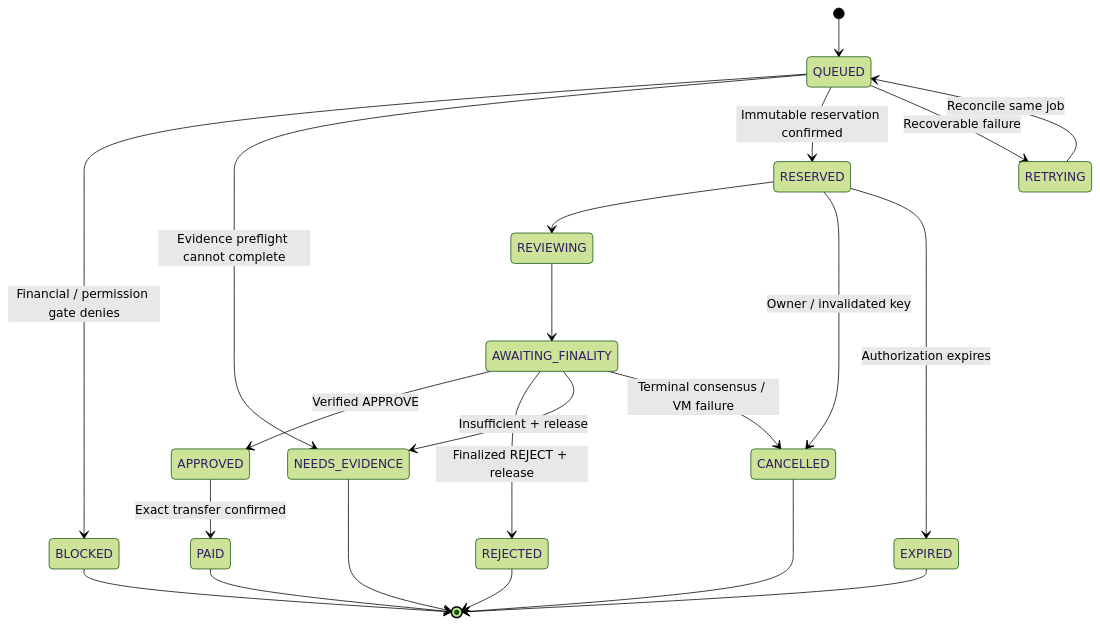
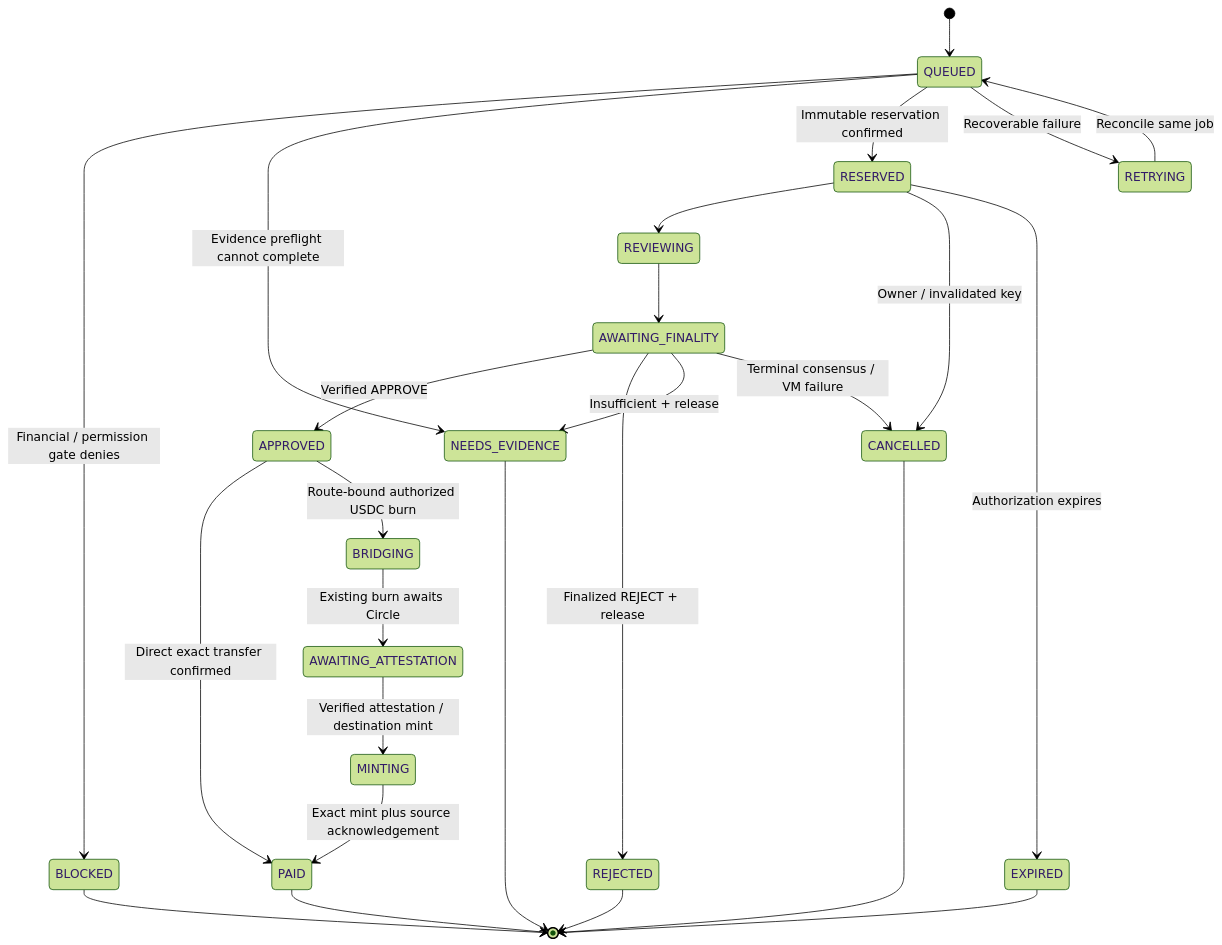
One commit to TS-mfon/intentguard changed the third of 4 diagrams in README.md. Above: the diagram before and after it, drawn with Mermaid (forest theme). The commit also changed other lines of this file and 25 other files, not shown here.

````diff
--- a/README.md
+++ b/README.md
@@ -112,24 +117,28 @@
 ```mermaid
 stateDiagram-v2
     [*] --> QUEUED
     QUEUED --> BLOCKED: Financial / permission gate denies
     QUEUED --> NEEDS_EVIDENCE: Evidence preflight cannot complete
     QUEUED --> RESERVED: Immutable reservation confirmed
     RESERVED --> REVIEWING
     REVIEWING --> AWAITING_FINALITY
     AWAITING_FINALITY --> APPROVED: Verified APPROVE
-    APPROVED --> PAID: Exact transfer confirmed
+    APPROVED --> PAID: Direct exact transfer confirmed
+    APPROVED --> BRIDGING: Route-bound authorized USDC burn
+    BRIDGING --> AWAITING_ATTESTATION: Existing burn awaits Circle
+    AWAITING_ATTESTATION --> MINTING: Verified attestation / destination mint
+    MINTING --> PAID: Exact mint plus source acknowledgement
     AWAITING_FINALITY --> REJECTED: Finalized REJECT + release
     AWAITING_FINALITY --> NEEDS_EVIDENCE: Insufficient + release
     AWAITING_FINALITY --> CANCELLED: Terminal consensus / VM failure
     RESERVED --> CANCELLED: Owner / invalidated key
     RESERVED --> EXPIRED: Authorization expires
     QUEUED --> RETRYING: Recoverable failure
     RETRYING --> QUEUED: Reconcile same job
     PAID --> [*]
     BLOCKED --> [*]
     REJECTED --> [*]
     NEEDS_EVIDENCE --> [*]
     CANCELLED --> [*]
     EXPIRED --> [*]
 ```
````
